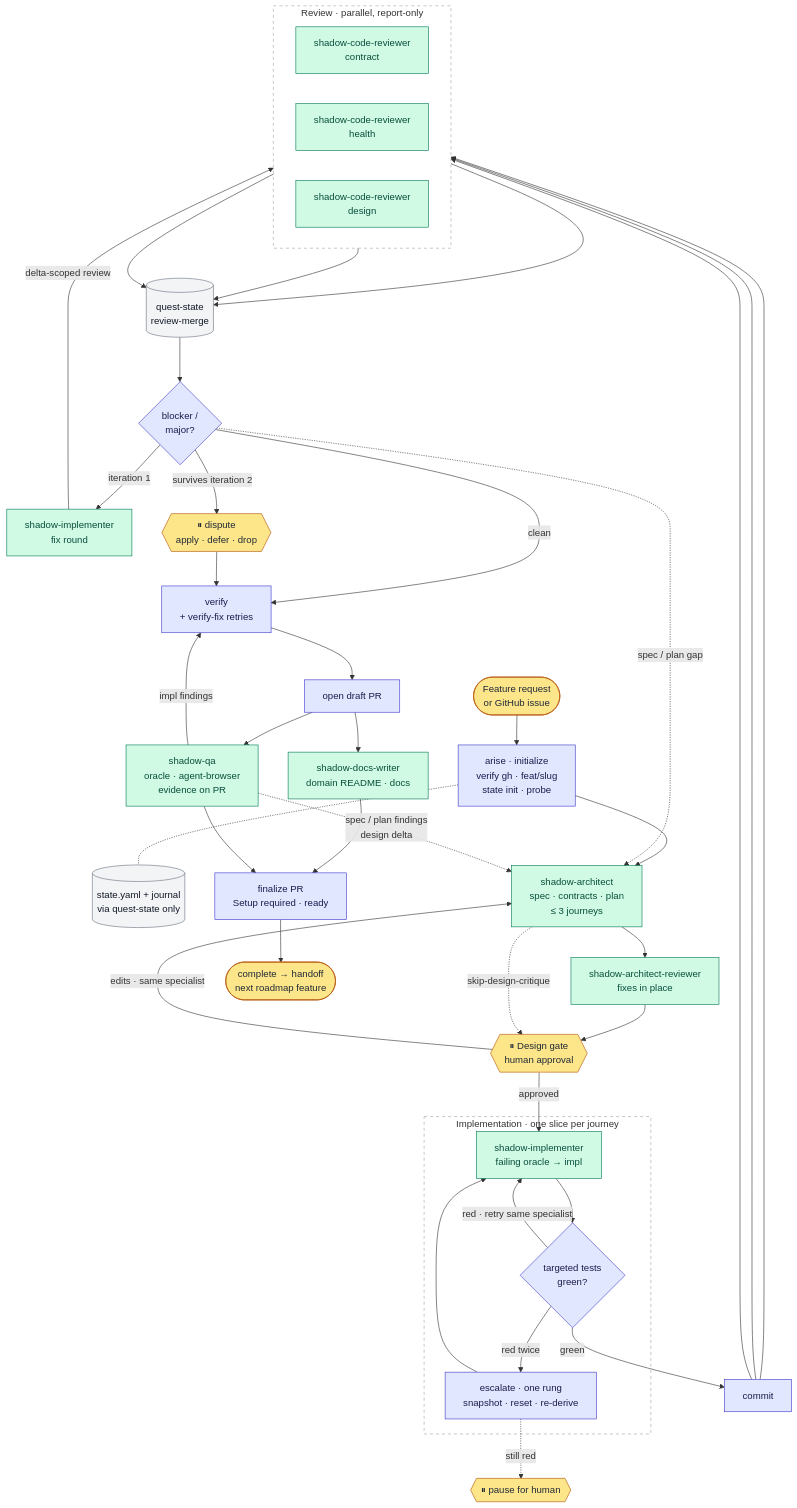
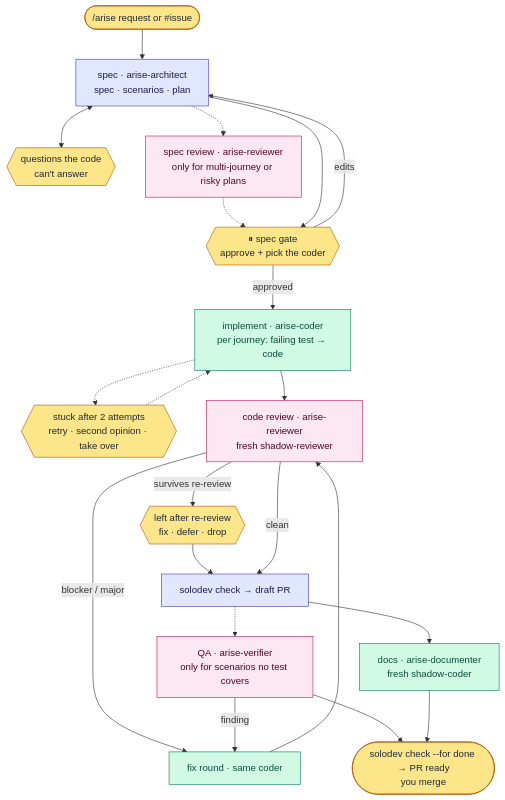
Before and after one commit to luisintosh/solodev: the diagram in README.md, drawn with Mermaid. The commit also changed other lines of this file and 157 other files, not shown here.

Commit message:
refactor: replace the v1 conductor and eight agents with role skills, two shadows and the solodev cli

````diff
--- a/README.md
+++ b/README.md
@@ -109,60 +112,38 @@
 ```mermaid
 flowchart TD
-  req(["Feature request<br/>or GitHub issue"]):::human
-  init["arise · initialize<br/>verify gh · feat/slug<br/>state init · probe"]:::conductor
-  state[("state.yaml + journal<br/>via quest-state only")]:::state
-  design["shadow-architect<br/>spec · contracts · plan<br/>≤ 3 journeys"]:::agent
-  critique["shadow-architect-reviewer<br/>fixes in place"]:::agent
-  gate{{"⏸ Design gate<br/>human approval"}}:::human
+  req(["/arise request or #issue"]):::human
+  spec["spec · arise-architect<br/>spec · scenarios · plan"]:::think
+  ask{{"questions the code<br/>can't answer"}}:::human
+  sreview["spec review · arise-reviewer<br/>only for multi-journey or risky plans"]:::review
+  gate{{"⏸ spec gate<br/>approve + pick the coder"}}:::human
+  impl["implement · arise-coder<br/>per journey: failing test → code"]:::writer
+  stuck{{"stuck after 2 attempts<br/>retry · second opinion · take over"}}:::human
+  review["code review · arise-reviewer<br/>fresh shadow-reviewer"]:::review
+  fix["fix round · same coder"]:::writer
+  dispute{{"left after re-review<br/>fix · defer · drop"}}:::human
+  pr["solodev check → draft PR"]:::think
+  qa["QA · arise-verifier<br/>only for scenarios no test covers"]:::review
+  docs["docs · arise-documenter<br/>fresh shadow-coder"]:::writer
+  done(["solodev check --for done → PR ready<br/>you merge"]):::human
 
-  req --> init --> design
-  init -.- state
-  design --> critique --> gate
-  design -.->|skip-design-critique| gate
-  gate -->|"edits · same specialist"| design
-
-  subgraph impl["Implementation · one slice per journey"]
-    implementer["shadow-implementer<br/>failing oracle → impl"]:::agent
-    sensors{"targeted tests<br/>green?"}:::conductor
-    escalate["escalate · one rung<br/>snapshot · reset · re-derive"]:::conductor
-    implementer --> sensors
-    sensors -->|"red · retry same specialist"| implementer
-    sensors -->|red twice| escalate --> implementer
-  end
-
-  gate -->|approved| implementer
-  escalate -.->|still red| pause{{"⏸ pause for human"}}:::human
-  sensors -->|green| commit["commit"]:::conductor
-
-  subgraph review["Review · parallel, report-only"]
-    direction LR
-    rc["shadow-code-reviewer<br/>contract"]:::agent
-    rh["shadow-code-reviewer<br/>health"]:::agent
-    rd["shadow-code-reviewer<br/>design"]:::agent
-  end
-
-  commit --> rc & rh & rd
-  rc & rh & rd --> merge[("quest-state<br/>review-merge")]:::state
-  merge --> triage{"blocker /<br/>major?"}:::conductor
-  triage -->|iteration 1| fix["shadow-implementer<br/>fix round"]:::agent
-  fix -->|delta-scoped review| review
-  triage -->|survives iteration 2| dispute{{"⏸ dispute<br/>apply · defer · drop"}}:::human
-  triage -.->|spec / plan gap| design
-  triage -->|clean| verify
-  dispute --> verify
-
-  verify["verify<br/>+ verify-fix retries"]:::conductor --> pr["open draft PR"]:::conductor
-  pr --> docs["shadow-docs-writer<br/>domain README · docs"]:::agent
-  pr --> qa["shadow-qa<br/>oracle · agent-browser<br/>evidence on PR"]:::agent
-  qa -->|impl findings| verify
-  qa -.->|"spec / plan findings<br/>design delta"| design
-  docs & qa --> finalize["finalize PR<br/>Setup required · ready"]:::conductor
-  finalize --> done(["complete → handoff<br/>next roadmap feature"]):::human
+  req --> spec
+  spec <--> ask
+  spec -.-> sreview -.-> gate
+  spec --> gate
+  gate -->|edits| spec
+  gate -->|approved| impl
+  impl -.-> stuck -.-> impl
+  impl --> review
+  review -->|blocker / major| fix --> review
+  review -->|survives re-review| dispute --> pr
+  review -->|clean| pr
+  pr -.-> qa
+  pr --> docs
+  qa -->|finding| fix
+  qa & docs --> done
 
   classDef human fill:#fde68a,stroke:#b45309,color:#1f2937
-  classDef conductor fill:#e0e7ff,stroke:#4338ca,color:#1e1b4b
-  classDef agent fill:#d1fae5,stroke:#047857,color:#064e3b
-  classDef state fill:#f3f4f6,stroke:#6b7280,color:#111827
-  style impl fill:transparent,stroke:#9ca3af,stroke-dasharray:5 5
-  style review fill:transparent,stroke:#9ca3af,stroke-dasharray:5 5
+  classDef think fill:#e0e7ff,stroke:#4338ca,color:#1e1b4b
+  classDef writer fill:#d1fae5,stroke:#047857,color:#064e3b
+  classDef review fill:#fce7f3,stroke:#be185d,color:#500724
 ```
````
